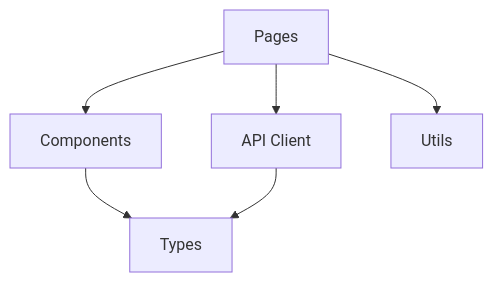
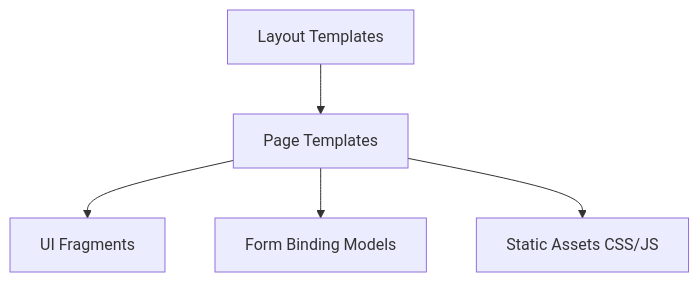
One commit to Bunyamin0101/WK_1106_CampusSplit changed the second of 6 diagrams in Architektur/A05-building-block-view.md. Above: the diagram before and after it, drawn with Mermaid. The commit also changed other lines of this file, not shown here.

First line of the commit message:
Revise architecture documentation for Thymeleaf and OAuth2

````diff
--- a/Architektur/A05-building-block-view.md
+++ b/Architektur/A05-building-block-view.md
@@ -207,14 +231,13 @@
 ```mermaid
 flowchart TD
-    PAGES[Pages]
-    COMPONENTS[Components]
-    API[API Client]
-    TYPES[Types]
-    UTILS[Utils]
+    LAYOUTS[Layout Templates]
+    PAGES[Page Templates]
+    FRAGMENTS[UI Fragments]
+    FORMS[Form Binding Models]
+    ASSETS[Static Assets CSS/JS]
 
-    PAGES --> COMPONENTS
-    PAGES --> API
-    COMPONENTS --> TYPES
-    API --> TYPES
-    PAGES --> UTILS
+    LAYOUTS --> PAGES
+    PAGES --> FRAGMENTS
+    PAGES --> FORMS
+    PAGES --> ASSETS
 ```
````
